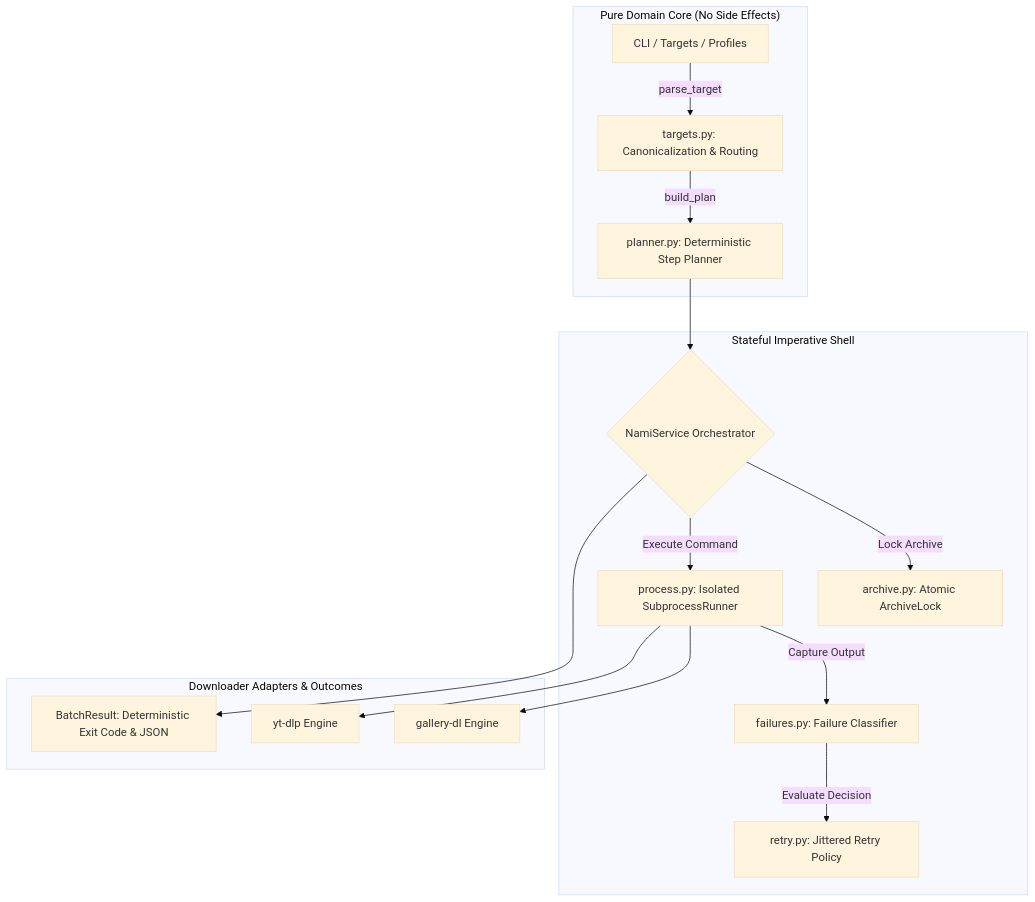
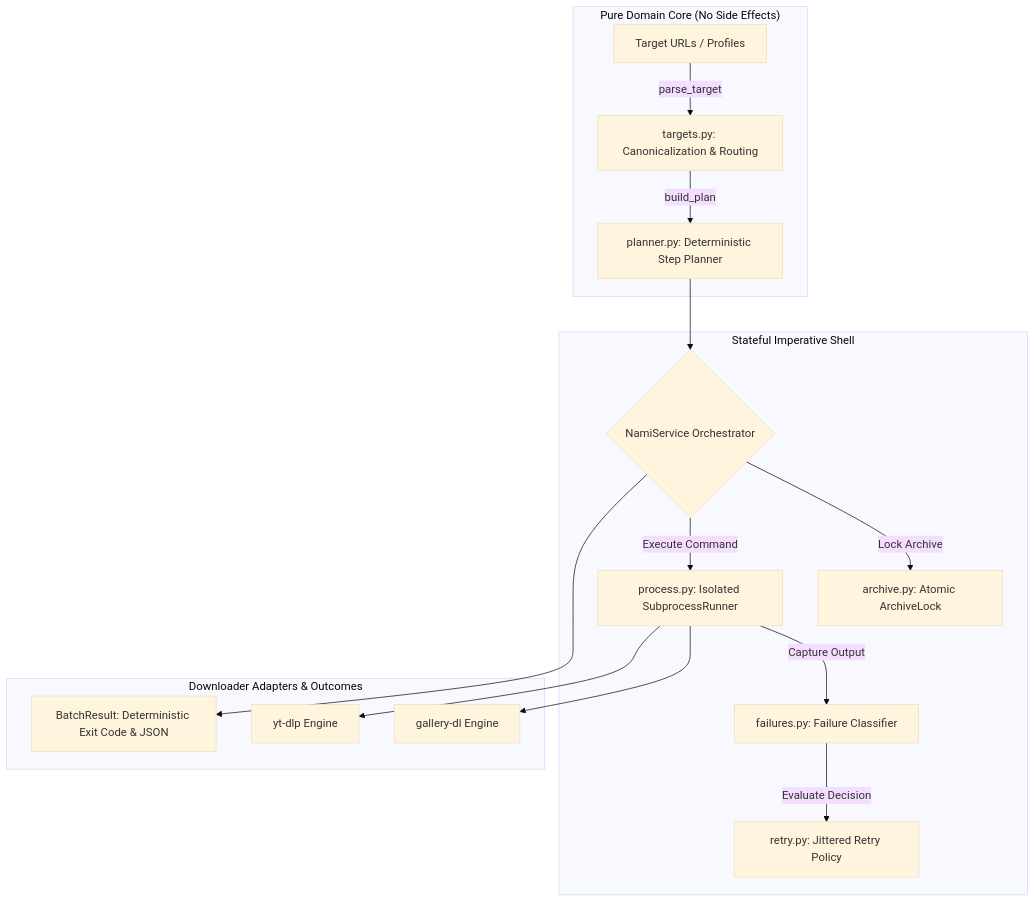
The diagram in README.md (OpenSelena/nami), drawn with Mermaid (base theme) before and after one commit. The commit also changed other lines of this file, not shown here.

````diff
--- a/README.md
+++ b/README.md
@@ -101,21 +101,21 @@
 ```mermaid
 flowchart TD
     subgraph Planning ["Pure Domain Core (No Side Effects)"]
-        A[CLI / Targets / Profiles] -->|parse_target| B[targets.py: Canonicalization & Routing]
+        A[Target URLs / Profiles] -->|parse_target| B[targets.py: Canonicalization & Routing]
         B -->|build_plan| C[planner.py: Deterministic Step Planner]
     end
 
     subgraph Execution ["Stateful Imperative Shell"]
         C --> D{NamiService Orchestrator}
         D -->|Lock Archive| E[archive.py: Atomic ArchiveLock]
         D -->|Execute Command| F[process.py: Isolated SubprocessRunner]
         F -->|Capture Output| G[failures.py: Failure Classifier]
         G -->|Evaluate Decision| H[retry.py: Jittered Retry Policy]
     end
 
     subgraph Output ["Downloader Adapters & Outcomes"]
         F --> I[gallery-dl Engine]
         F --> J[yt-dlp Engine]
         D --> K[BatchResult: Deterministic Exit Code & JSON]
     end
 ```
````
